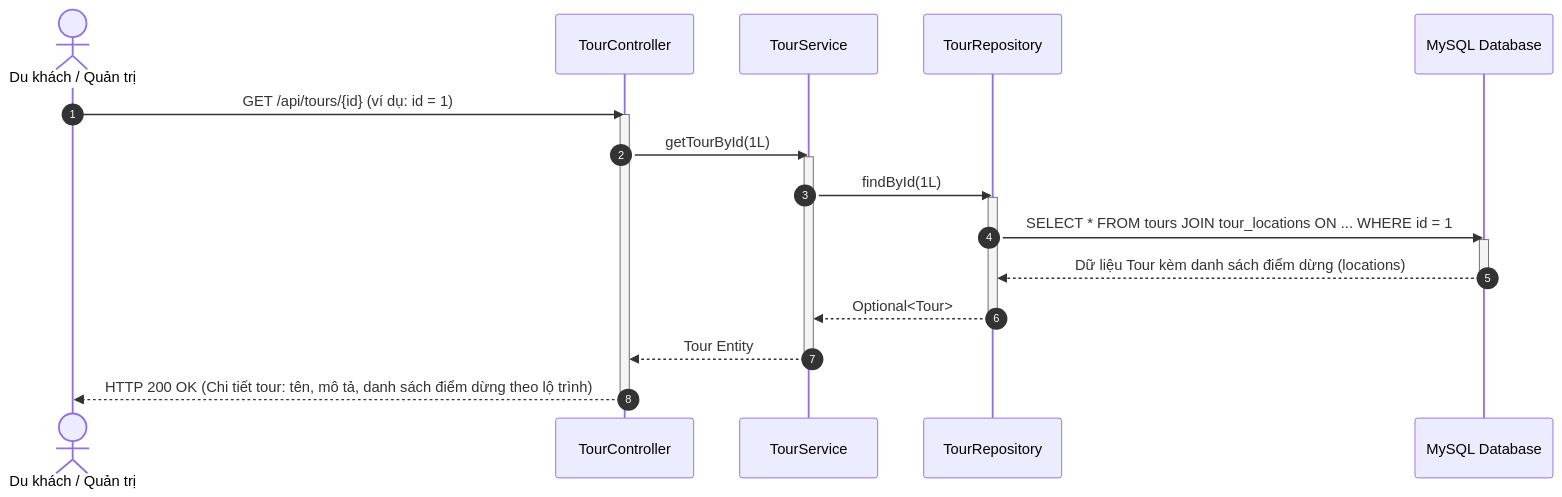
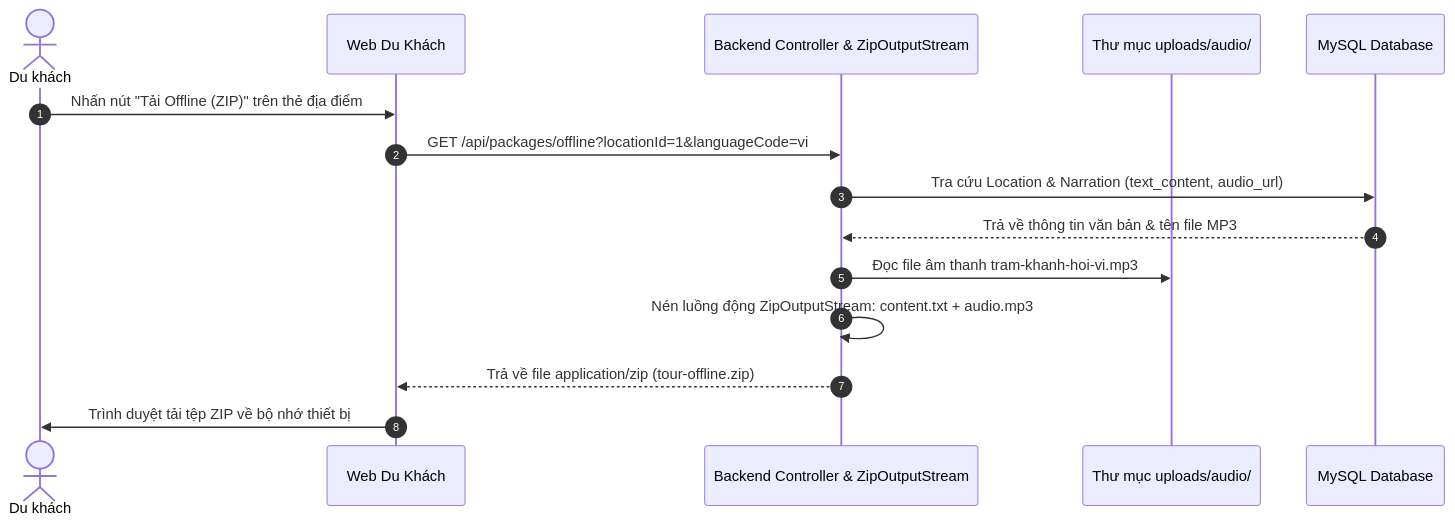
The seventh of 8 diagrams in docs/USE_CASES.md (HuynhQuang16032006/Multi_Languages_Automatic_Translation), drawn with Mermaid before and after one commit. The commit also changed other lines of this file and 4 other files, not shown here.

````diff
--- a/docs/USE_CASES.md
+++ b/docs/USE_CASES.md
@@ -438,26 +287,18 @@
 ```mermaid
 sequenceDiagram
     autonumber
-    actor User as Du khách / Quản trị
-    participant TC as TourController
-    participant TS as TourService
-    participant TR as TourRepository
+    actor T as Du khách
+    participant UI as Web Du Khách
+    participant SVR as Backend Controller & ZipOutputStream
+    participant FS as Thư mục uploads/audio/
     participant DB as MySQL Database
 
-    User->>TC: GET /api/tours/{id} (ví dụ: id = 1)
-    activate TC
-    TC->>TS: getTourById(1L)
-    activate TS
-    TS->>TR: findById(1L)
-    activate TR
-    TR->>DB: SELECT * FROM tours JOIN tour_locations ON ... WHERE id = 1
-    activate DB
-    DB-->>TR: Dữ liệu Tour kèm danh sách điểm dừng (locations)
-    deactivate DB
-    TR-->>TS: Optional<Tour>
-    deactivate TR
-    TS-->>TC: Tour Entity
-    deactivate TS
-    TC-->>User: HTTP 200 OK (Chi tiết tour: tên, mô tả, danh sách điểm dừng theo lộ trình)
-    deactivate TC
+    T->>UI: Nhấn nút "Tải Offline (ZIP)" trên thẻ địa điểm
+    UI->>SVR: GET /api/packages/offline?locationId=1&languageCode=vi
+    SVR->>DB: Tra cứu Location & Narration (text_content, audio_url)
+    DB-->>SVR: Trả về thông tin văn bản & tên file MP3
+    SVR->>FS: Đọc file âm thanh tram-khanh-hoi-vi.mp3
+    SVR->>SVR: Nén luồng động ZipOutputStream: content.txt + audio.mp3
+    SVR-->>UI: Trả về file application/zip (tour-offline.zip)
+    UI->>T: Trình duyệt tải tệp ZIP về bộ nhớ thiết bị
 ```
````
